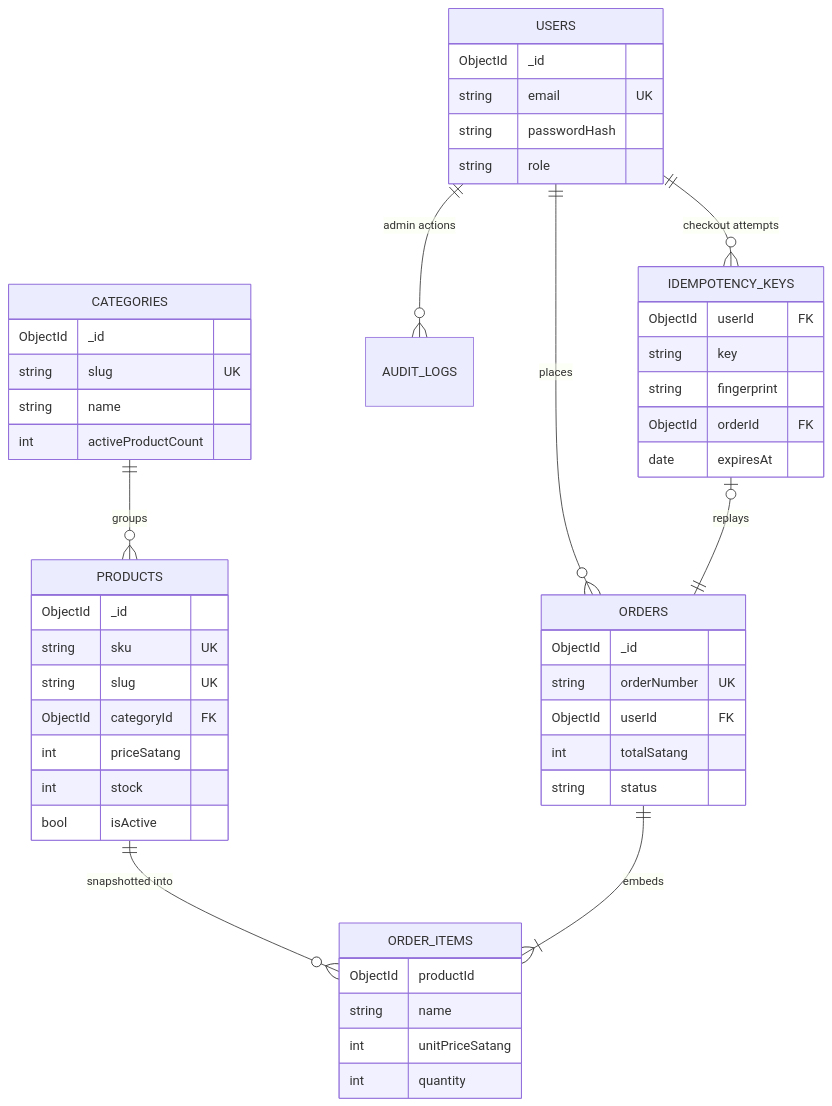
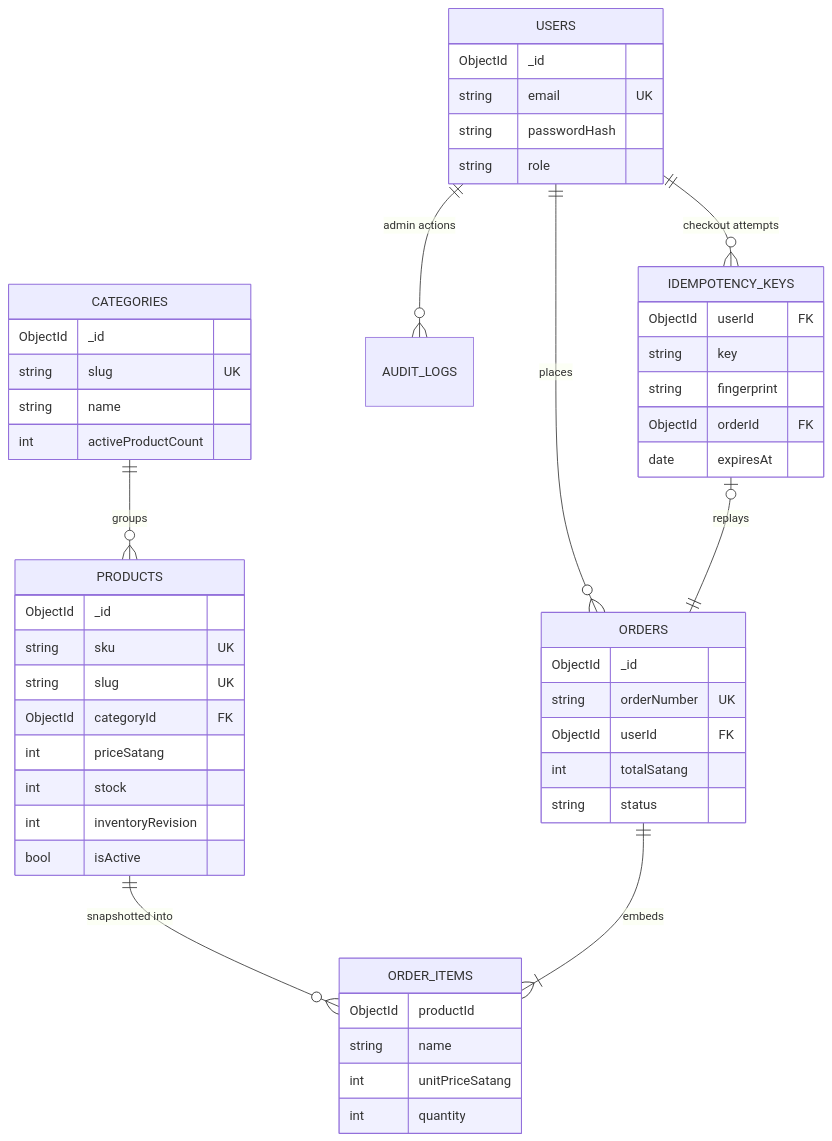
Before and after one commit to JameThaksin/it-peripheral-store: the diagram in docs/architecture/DATABASE_DESIGN.md, drawn with Mermaid. The commit also changed other lines of this file and 8 other files, not shown here.

````diff
--- a/docs/architecture/DATABASE_DESIGN.md
+++ b/docs/architecture/DATABASE_DESIGN.md
@@ -38,51 +39,52 @@
 ```mermaid
 erDiagram
   USERS ||--o{ ORDERS : places
   CATEGORIES ||--o{ PRODUCTS : groups
   PRODUCTS ||--o{ ORDER_ITEMS : "snapshotted into"
   ORDERS ||--|{ ORDER_ITEMS : embeds
   USERS ||--o{ AUDIT_LOGS : "admin actions"
   USERS ||--o{ IDEMPOTENCY_KEYS : "checkout attempts"
   IDEMPOTENCY_KEYS |o--|| ORDERS : "replays"
   USERS {
     ObjectId _id
     string email UK
     string passwordHash
     string role
   }
   CATEGORIES {
     ObjectId _id
     string slug UK
     string name
     int activeProductCount
   }
   PRODUCTS {
     ObjectId _id
     string sku UK
     string slug UK
     ObjectId categoryId FK
     int priceSatang
     int stock
+    int inventoryRevision
     bool isActive
   }
   ORDERS {
     ObjectId _id
     string orderNumber UK
     ObjectId userId FK
     int totalSatang
     string status
   }
   IDEMPOTENCY_KEYS {
     ObjectId userId FK
     string key
     string fingerprint
     ObjectId orderId FK
     date expiresAt
   }
   ORDER_ITEMS {
     ObjectId productId
     string name
     int unitPriceSatang
     int quantity
   }
 ```
````
